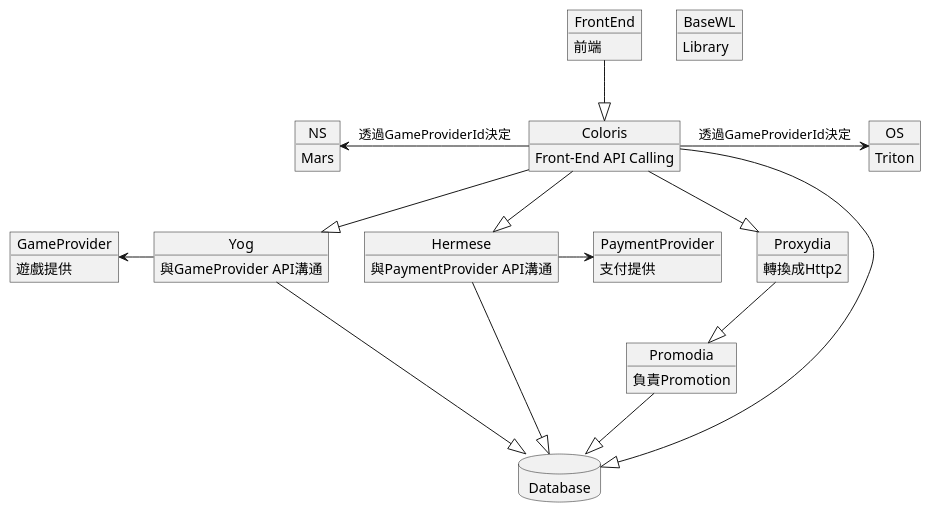
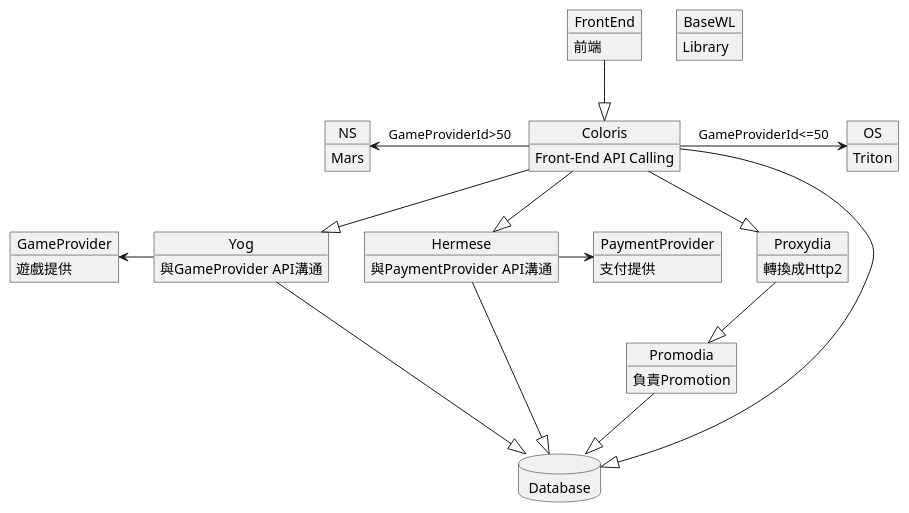
Before and after one commit to justinzhang528/uml: the diagram in WLSystem.plantuml, drawn with PlantUML. The commit also changed 20 other files, not shown here.

```diff
--- a/WLSystem.plantuml
+++ b/WLSystem.plantuml
@@ -1,63 +1,63 @@
 @startuml
 allowmixing
 
 Object FrontEnd{
     前端
 }
 
 Object BaseWL{
     Library
 }
 
 Object Coloris{
     Front-End API Calling
 }
 
 Object Yog{
     與GameProvider API溝通
 }
 
 Object Hermese{
     與PaymentProvider API溝通
 }
 
 Object Promodia{
     負責Promotion
 }
 
 Object Proxydia{
     轉換成Http2
 }
 
 Object GameProvider{
     遊戲提供
 }
 
 Object PaymentProvider {
     支付提供
 }
 
 Object OS {
     Triton
 }
 
 Object NS {
     Mars
 }
 
 database "Database" as db
 
 FrontEnd --|> Coloris
 Coloris --|> Yog
 Coloris --|> Hermese
 Coloris --|> Proxydia
 Coloris --|> db
-Coloris -right> OS :透過GameProviderId決定
-Coloris -left> NS :透過GameProviderId決定
+Coloris -right> OS :GameProviderId<=50
+Coloris -left> NS :GameProviderId>50
 Yog -left> GameProvider
 Hermese -right> PaymentProvider
 Proxydia --|> Promodia
 Yog --|> db
 Hermese --|> db
 Promodia --|> db
 @enduml
```
